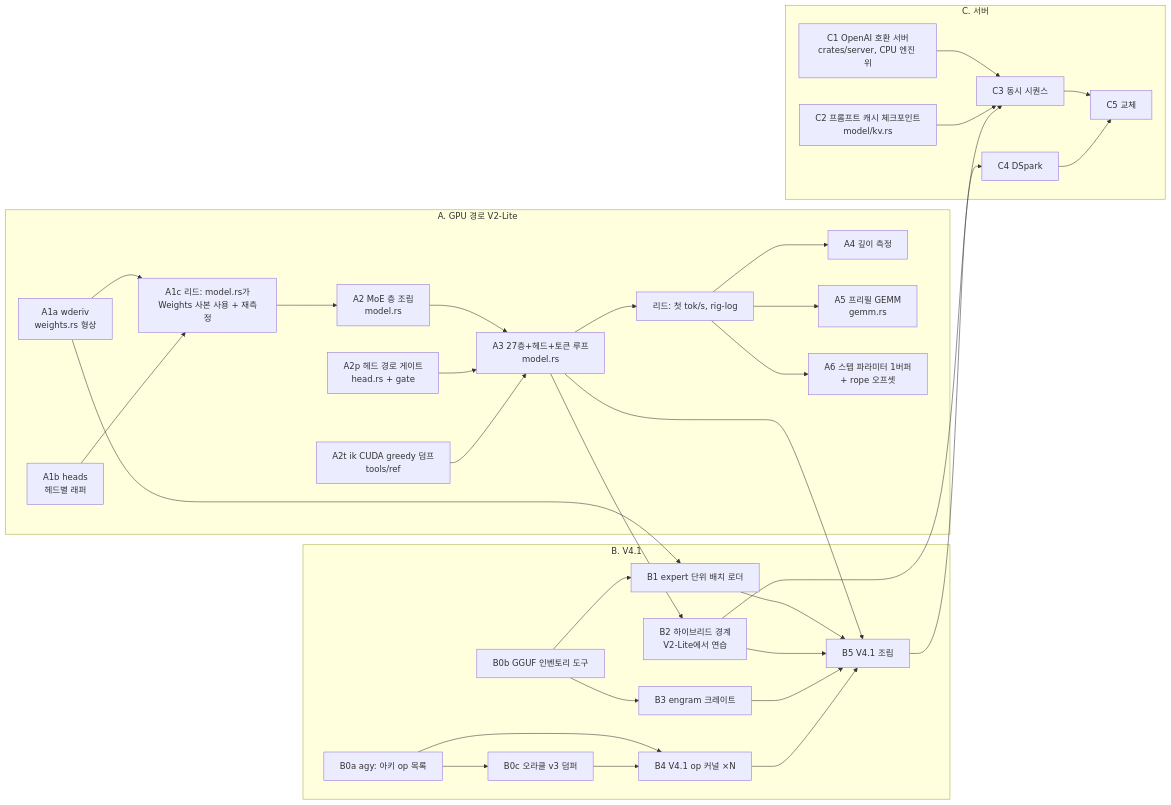
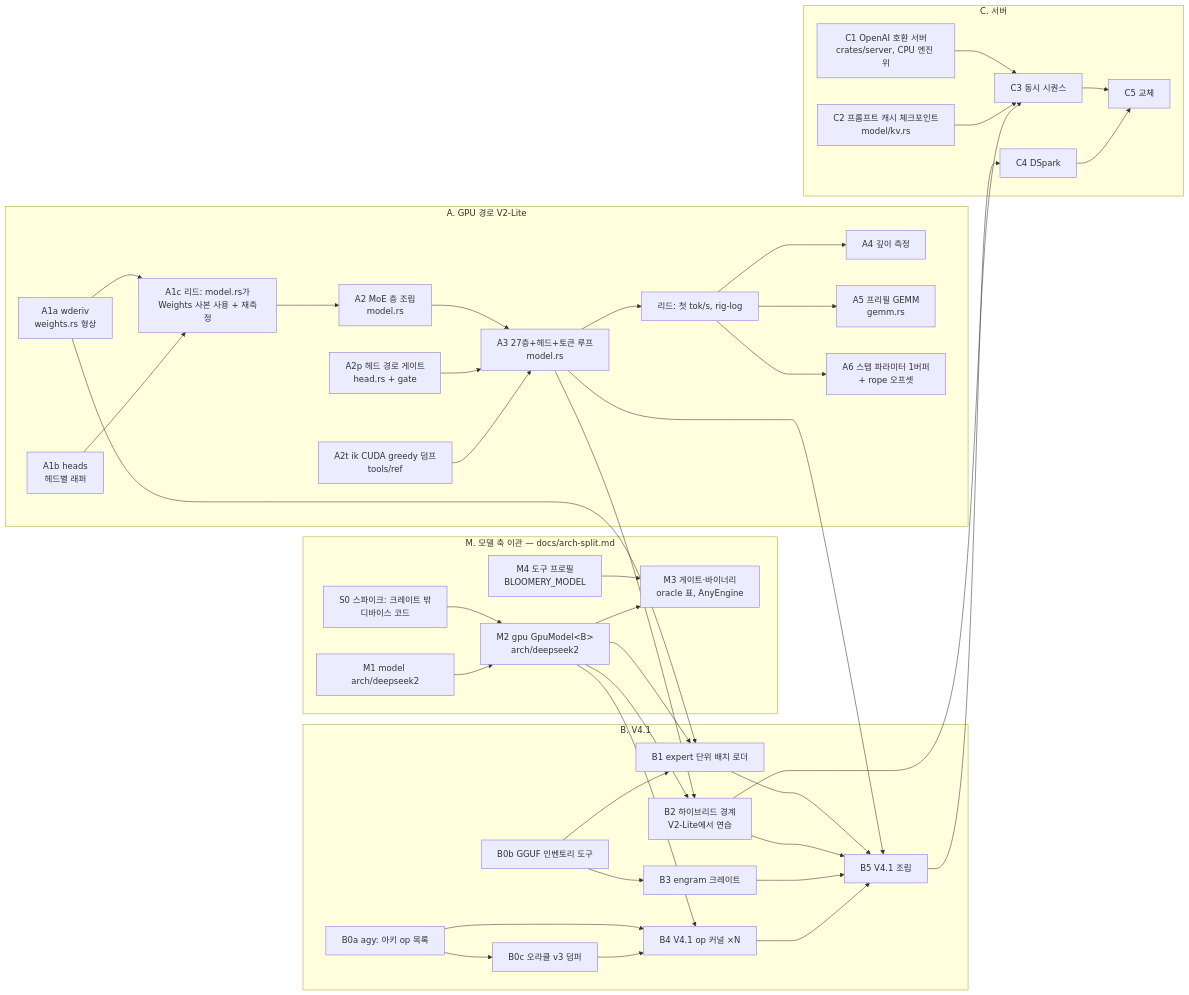
Before and after one commit to midagedev/bloomery: the diagram in docs/plan.md, drawn with Mermaid. The commit also changed other lines of this file and 2 other files, not shown here.

````diff
--- a/docs/plan.md
+++ b/docs/plan.md
@@ -294,37 +295,46 @@
 ```mermaid
 flowchart LR
   subgraph A[A. GPU 경로 V2-Lite]
     A1a[A1a wderiv<br/>weights.rs 형상] --> A1c[A1c 리드: model.rs가<br/>Weights 사본 사용 + 재측정]
     A1b[A1b heads<br/>헤드별 래퍼] --> A1c
     A1c --> A2[A2 MoE 층 조립<br/>model.rs]
     A2 --> A3[A3 27층+헤드+토큰 루프<br/>model.rs]
     Ah[A2p 헤드 경로 게이트<br/>head.rs + gate] --> A3
     Ag[A2t ik CUDA greedy 덤프<br/>tools/ref] --> A3
     A3 --> A3m[리드: 첫 tok/s, rig-log]
     A3m --> A4[A4 깊이 측정]
     A3m --> A5[A5 프리필 GEMM<br/>gemm.rs]
     A3m --> Asp[A6 스텝 파라미터 1버퍼<br/>+ rope 오프셋]
+  end
+  subgraph M[M. 모델 축 이관 — docs/arch-split.md]
+    S0[S0 스파이크: 크레이트 밖<br/>디바이스 코드] --> M2
+    M1[M1 model arch/deepseek2] --> M2[M2 gpu GpuModel&lt;B&gt;<br/>arch/deepseek2]
+    M4[M4 도구 프로필<br/>BLOOMERY_MODEL] --> M3
+    M2 --> M3[M3 게이트·바이너리<br/>oracle 표, AnyEngine]
   end
   subgraph B[B. V4.1]
     B0a[B0a agy: 아키 op 목록] --> B4[B4 V4.1 op 커널 ×N]
     B0b[B0b GGUF 인벤토리 도구] --> B1[B1 expert 단위 배치 로더]
     B0b --> B3[B3 engram 크레이트]
     B0c[B0c 오라클 v3 덤퍼] --> B4
     B0a --> B0c
     A1a --> B1
     A3 --> B2[B2 하이브리드 경계<br/>V2-Lite에서 연습]
     B1 --> B5[B5 V4.1 조립]
     B2 --> B5
     B3 --> B5
     B4 --> B5
     A3 --> B5
   end
   subgraph C[C. 서버]
     C1[C1 OpenAI 호환 서버<br/>crates/server, CPU 엔진 위] --> C3[C3 동시 시퀀스]
     C2[C2 프롬프트 캐시 체크포인트<br/>model/kv.rs] --> C3
     B2 --> C3
     B5 --> C4[C4 DSpark]
     C3 --> C5[C5 교체]
     C4 --> C5
   end
+  M2 --> B1
+  M2 --> B2
+  M2 --> B4
 ```
````
